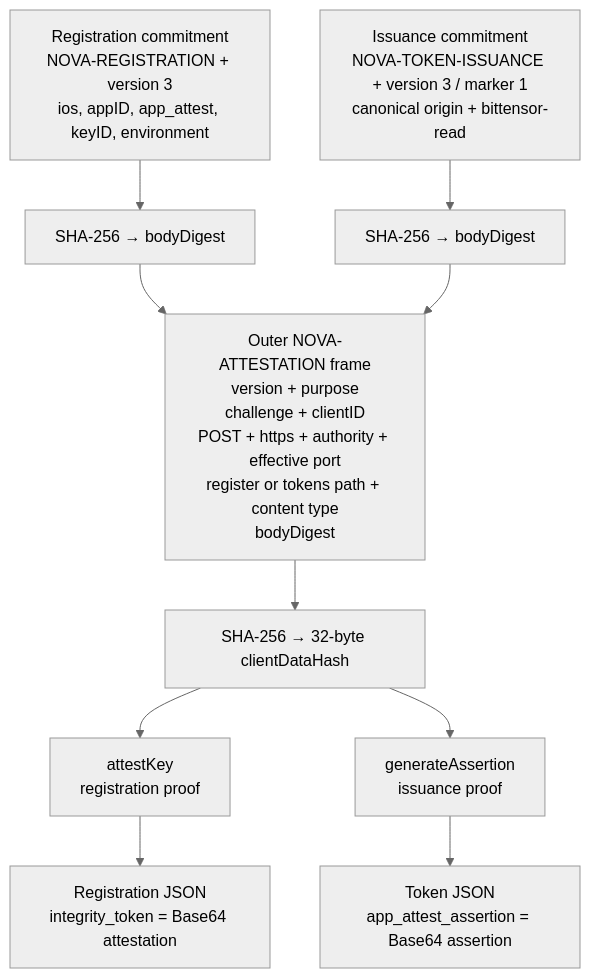
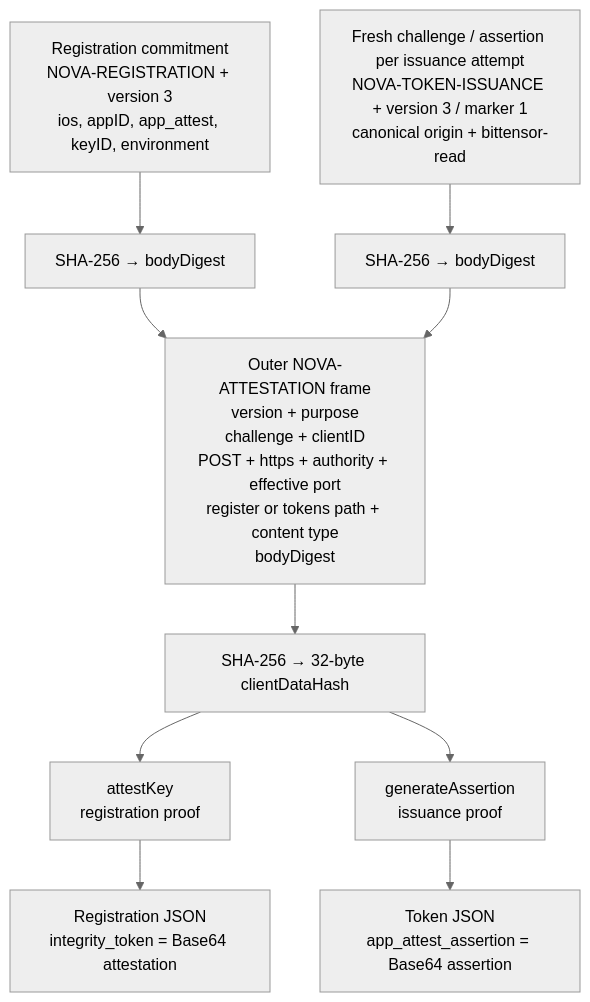
One commit to novasamatech/nova-wallet-ios changed the third of 10 diagrams in .claude/docs/architecture/novaauth-client-diagrams.md. Above: the diagram before and after it, drawn with Mermaid (neutral theme). The commit also changed other lines of this file and 4 other files, not shown here.

````diff
--- a/.claude/docs/architecture/novaauth-client-diagrams.md
+++ b/.claude/docs/architecture/novaauth-client-diagrams.md
@@ -109,12 +110,12 @@
 ```mermaid
 flowchart TB
   R["Registration commitment<br/>NOVA-REGISTRATION + version 3<br/>ios, appID, app_attest, keyID, environment"] --> RH["SHA-256 → bodyDigest"]
-  T["Issuance commitment<br/>NOVA-TOKEN-ISSUANCE + version 3 / marker 1<br/>canonical origin + bittensor-read"] --> TH["SHA-256 → bodyDigest"]
+  T["Fresh challenge / assertion per issuance attempt<br/>NOVA-TOKEN-ISSUANCE + version 3 / marker 1<br/>canonical origin + bittensor-read"] --> TH["SHA-256 → bodyDigest"]
   RH --> FRAME["Outer NOVA-ATTESTATION frame<br/>version + purpose<br/>challenge + clientID<br/>POST + https + authority + effective port<br/>register or tokens path + content type<br/>bodyDigest"]
   TH --> FRAME
   FRAME --> HASH["SHA-256 → 32-byte clientDataHash"]
   HASH --> REG["attestKey<br/>registration proof"]
   HASH --> ASSERT["generateAssertion<br/>issuance proof"]
   REG --> RJSON["Registration JSON<br/>integrity_token = Base64 attestation"]
   ASSERT --> TJSON["Token JSON<br/>app_attest_assertion = Base64 assertion"]
 ```
````
